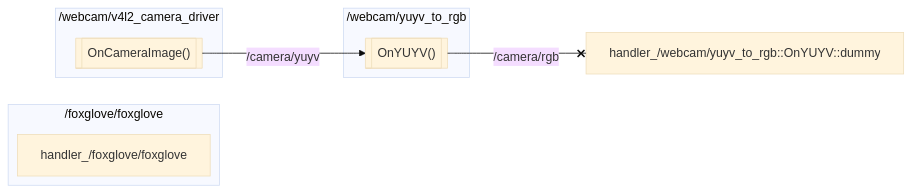
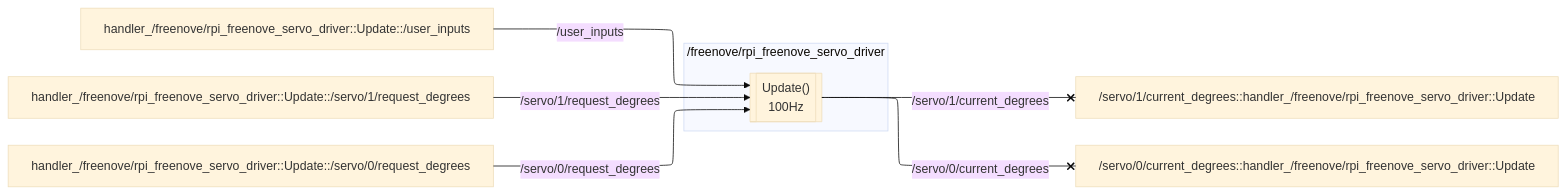
One commit to basis-robotics/basis-website changed the third of 3 diagrams in _posts/2024-11-24-basis-robot-02-software.md. Above: the diagram before and after it, drawn with Mermaid (base theme). The commit also changed other lines of this file and 5 other files, not shown here.

Commit message:
add mermaid support, fix month iteration, add new post

```diff
--- a/_posts/2024-11-24-basis-robot-02-software.md
+++ b/_posts/2024-11-24-basis-robot-02-software.md
@@ -14,28 +211,23 @@
-{% mermaid %}
+<pre class="mermaid">
 ---
 config:
   flowchart:
     nodeSpacing: 5
     subGraphTitleMargin:
       bottom: 10
   defaultRenderer: elk
   elk:
       mergeEdges: True
 ---
 graph LR
   %%{init: {"flowchart": {"defaultRenderer": "elk"}} }%%
-  subgraph unit_/foxglove/foxglove["/foxglove/foxglove"]
-    handler_/foxglove/foxglove:::hidden
+  subgraph unit_/freenove/rpi_freenove_servo_driver["/freenove/rpi_freenove_servo_driver"]
+    handler_/freenove/rpi_freenove_servo_driver::Update[["Update()
+100Hz"]]
   end
-
-  subgraph unit_/webcam/yuyv_to_rgb["/webcam/yuyv_to_rgb"]
-    handler_/webcam/yuyv_to_rgb::OnYUYV[["OnYUYV()"]]
-  end
-
-  subgraph unit_/webcam/v4l2_camera_driver["/webcam/v4l2_camera_driver"]
-    handler_/webcam/v4l2_camera_driver::OnCameraImage[["OnCameraImage()"]]
-  end
-handler_/webcam/v4l2_camera_driver::OnCameraImage --/camera/yuyv--> handler_/webcam/yuyv_to_rgb::OnYUYV
-handler_/webcam/yuyv_to_rgb::OnYUYV --/camera/rgb--x handler_/webcam/yuyv_to_rgb::OnYUYV::dummy:::hidden
-
-{% endmermaid %}
+handler_/freenove/rpi_freenove_servo_driver::Update::/user_inputs:::hidden x--/user_inputs--> handler_/freenove/rpi_freenove_servo_driver::Update
+handler_/freenove/rpi_freenove_servo_driver::Update::/servo/1/request_degrees:::hidden x--/servo/1/request_degrees--> handler_/freenove/rpi_freenove_servo_driver::Update
+handler_/freenove/rpi_freenove_servo_driver::Update::/servo/0/request_degrees:::hidden x--/servo/0/request_degrees--> handler_/freenove/rpi_freenove_servo_driver::Update
+handler_/freenove/rpi_freenove_servo_driver::Update --/servo/1/current_degrees--x /servo/1/current_degrees::handler_/freenove/rpi_freenove_servo_driver::Update:::hidden
+handler_/freenove/rpi_freenove_servo_driver::Update --/servo/0/current_degrees--x /servo/0/current_degrees::handler_/freenove/rpi_freenove_servo_driver::Update:::hidden
+</pre>
```
